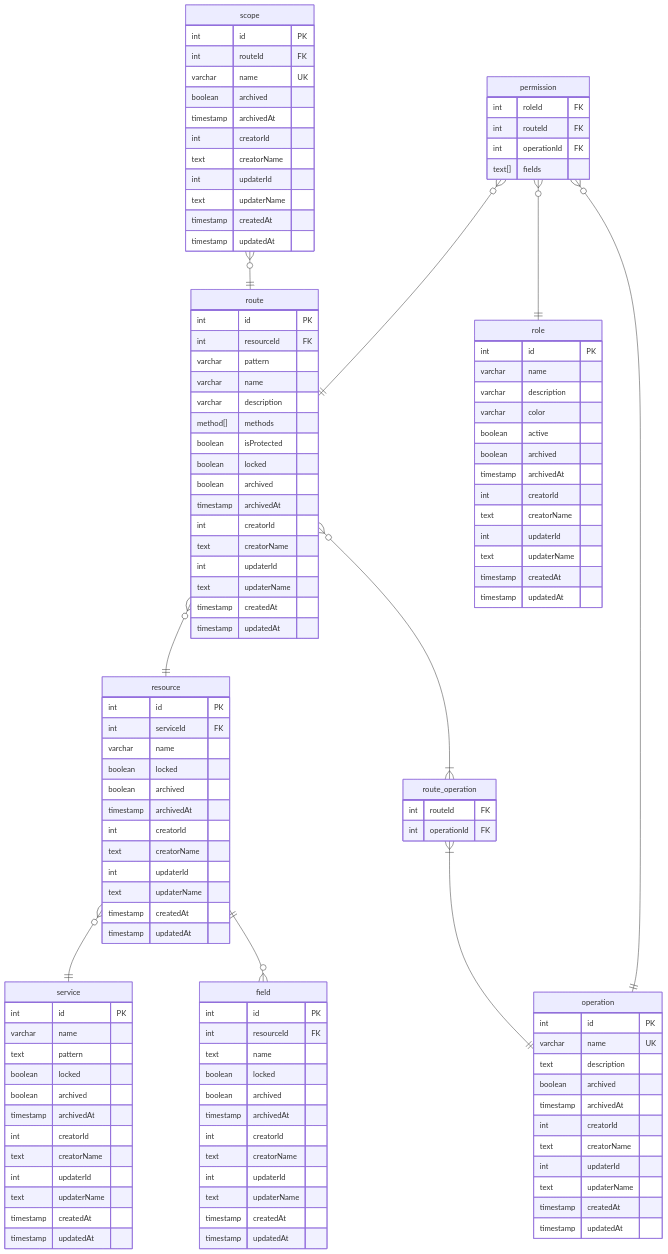
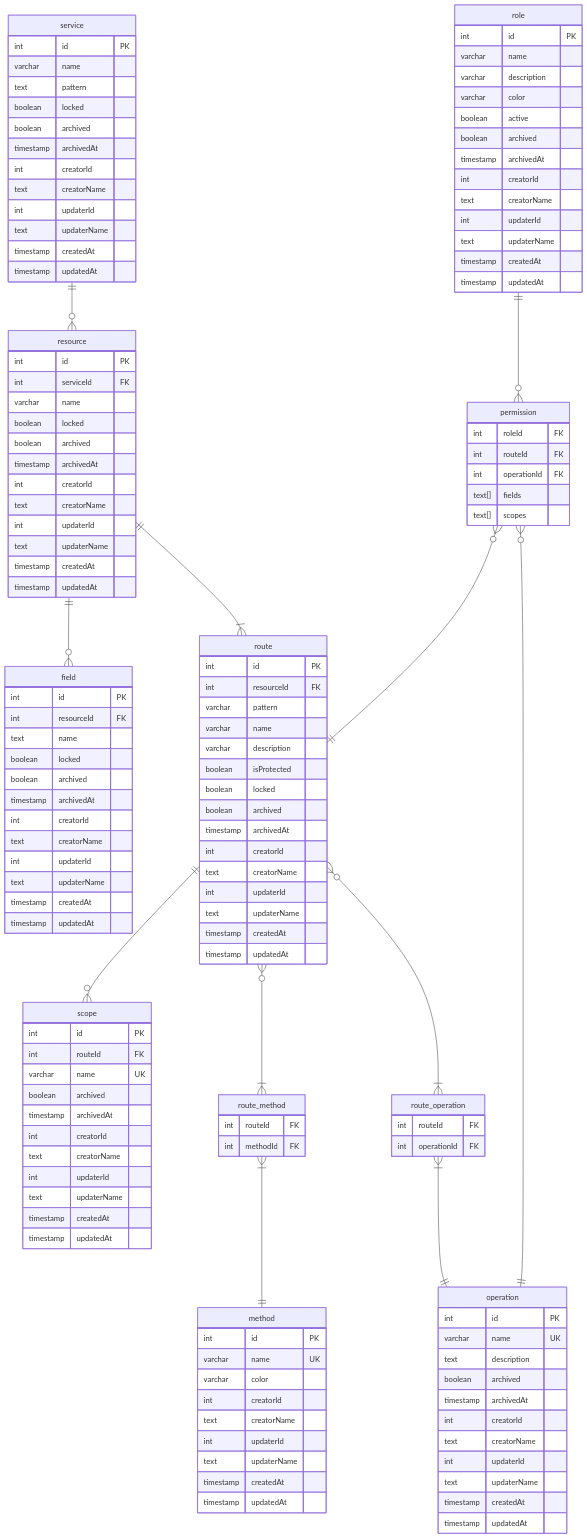
One commit to ALTEN-group/Gatelin changed the first of 2 diagrams in doc/erd.md. Above: the diagram before and after it, drawn with Mermaid. The commit also changed 11 other files, not shown here.

Commit message:
feat(db): enhance permission and method structures with scopes

```diff
--- a/doc/erd.md
+++ b/doc/erd.md
@@ -7,15 +7,18 @@
 
 erDiagram
 
-  route }o--|| resource : ""
-  resource }o--|| service : ""
+  service ||--o{ resource : ""
+  role ||--o{ permission : ""
+  resource ||--o{ field : ""
+  resource ||--|{ route : ""
+  route ||--o{ scope : ""
+  route }o--|{ route_method : ""
+  route_method }|--|| method : ""
   route }o--|{ route_operation : ""
   route_operation }|--|| operation : ""
-  resource ||--o{ field : ""
-  scope }o--|| route : ""
+  
   permission }o--|| route : ""
   permission }o--|| operation : ""
-  permission }o--|| role : ""
 
   role {
     int id PK
@@ -38,6 +41,7 @@
     int routeId FK
     int operationId FK
     text[] fields
+    text[] scopes
   }
 
   service {
@@ -76,11 +80,27 @@
     varchar pattern
     varchar name
     varchar description
-    method[] methods
     boolean isProtected
     boolean locked
     boolean archived
     timestamp archivedAt
+    int creatorId
+    text creatorName
+    int updaterId
+    text updaterName
+    timestamp createdAt
+    timestamp updatedAt
+  }
+
+  route_method {
+    int routeId FK
+    int methodId FK
+  }
+
+  method {
+    int id PK
+    varchar name UK
+    varchar color
     int creatorId
     text creatorName
     int updaterId
```
